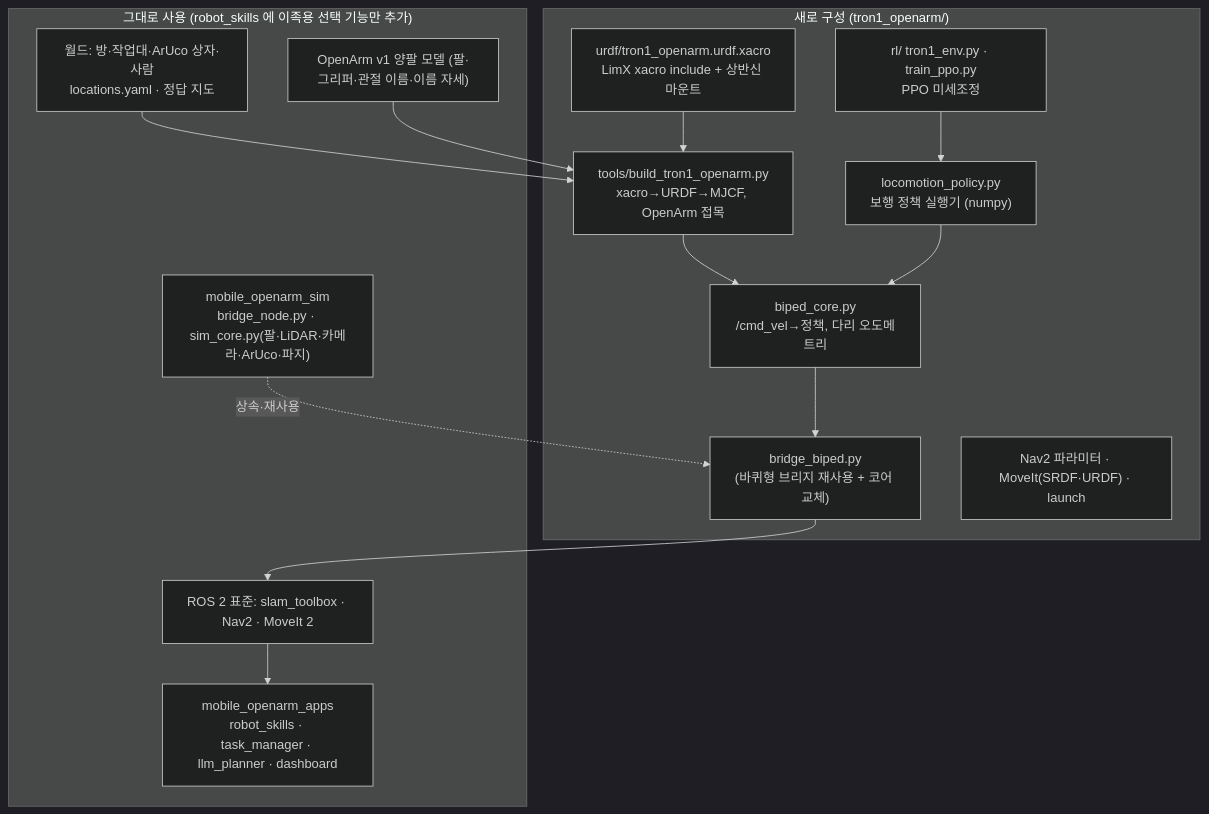
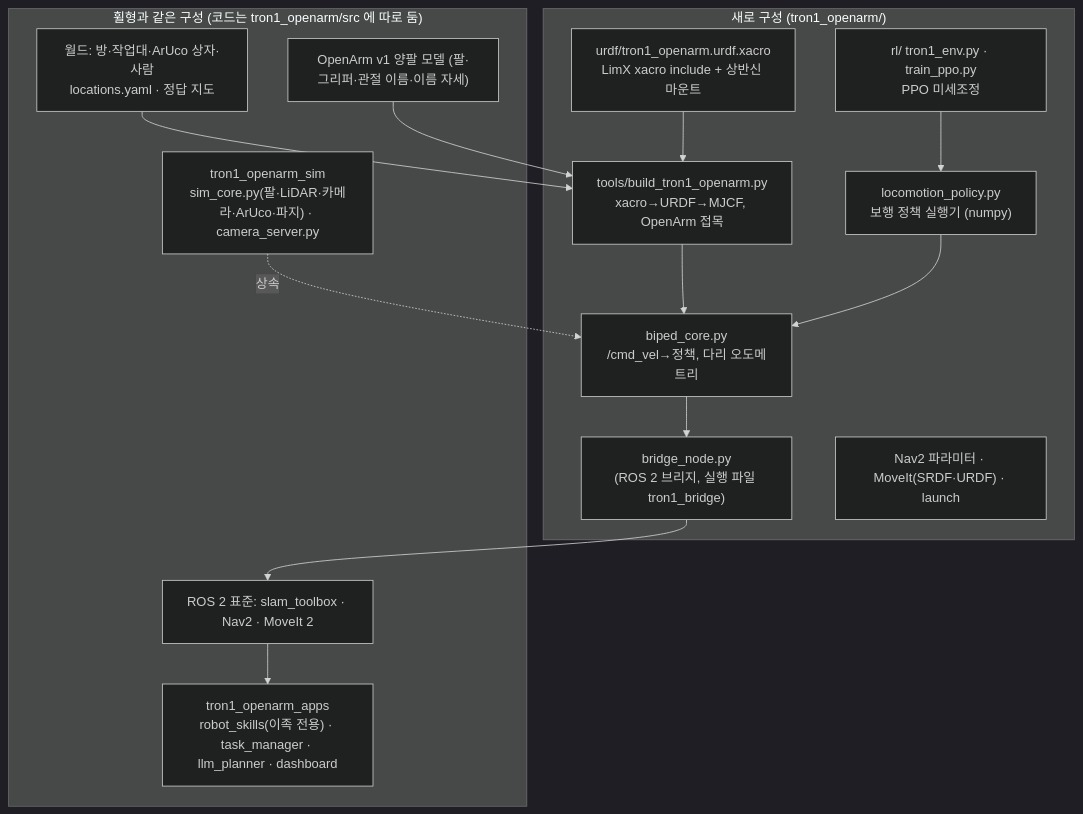
The diagram in doc/tron1/design.md (aha645/openarms_llm_ex), drawn with Mermaid (dark theme) before and after one commit. The commit also changed other lines of this file and 120 other files, not shown here.

First line of the commit message:
TRON1 을 휠형과 완전히 독립된 로봇 시스템으로: TRON1 전용 패키지, 로봇 분기 제거

````diff
--- a/doc/tron1/design.md
+++ b/doc/tron1/design.md
@@ -28,26 +28,26 @@
 ```mermaid
 flowchart TB
-  subgraph SAME["그대로 사용 (robot_skills 에 이족용 선택 기능만 추가)"]
-    APPS["mobile_openarm_apps<br/>robot_skills · task_manager · llm_planner · dashboard"]
-    WBR["mobile_openarm_sim<br/>bridge_node.py · sim_core.py(팔·LiDAR·카메라·ArUco·파지)"]
+  subgraph SAME["휠형과 같은 구성 (코드는 tron1_openarm/src 에 따로 둠)"]
+    APPS["tron1_openarm_apps<br/>robot_skills(이족 전용) · task_manager · llm_planner · dashboard"]
+    WBR["tron1_openarm_sim<br/>sim_core.py(팔·LiDAR·카메라·ArUco·파지) · camera_server.py"]
     WORLD["월드: 방·작업대·ArUco 상자·사람<br/>locations.yaml · 정답 지도"]
     ROS["ROS 2 표준: slam_toolbox · Nav2 · MoveIt 2"]
     OA["OpenArm v1 양팔 모델 (팔·그리퍼·관절 이름·이름 자세)"]
   end
   subgraph NEW["새로 구성 (tron1_openarm/)"]
     X["urdf/tron1_openarm.urdf.xacro<br/>LimX xacro include + 상반신 마운트"]
     B["tools/build_tron1_openarm.py<br/>xacro→URDF→MJCF, OpenArm 접목"]
     P["locomotion_policy.py<br/>보행 정책 실행기 (numpy)"]
     C["biped_core.py<br/>/cmd_vel→정책, 다리 오도메트리"]
-    BR["bridge_biped.py<br/>(바퀴형 브리지 재사용 + 코어 교체)"]
+    BR["bridge_node.py<br/>(ROS 2 브리지, 실행 파일 tron1_bridge)"]
     RL["rl/ tron1_env.py · train_ppo.py<br/>PPO 미세조정"]
     CFG["Nav2 파라미터 · MoveIt(SRDF·URDF) · launch"]
   end
   X --> B --> C
   RL --> P --> C --> BR
   BR --> ROS
-  WBR -. 상속·재사용 .-> BR
+  WBR -. 상속 .-> C
   ROS --> APPS
   OA --> B
   WORLD --> B
 ```
````
